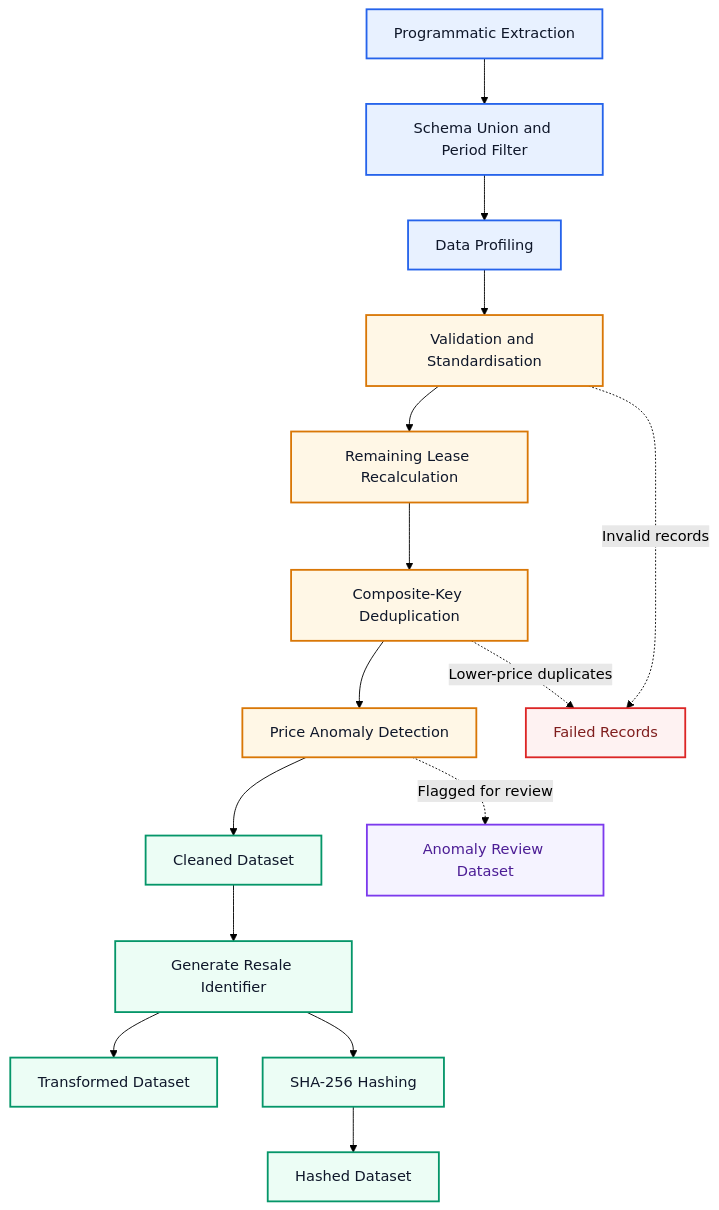
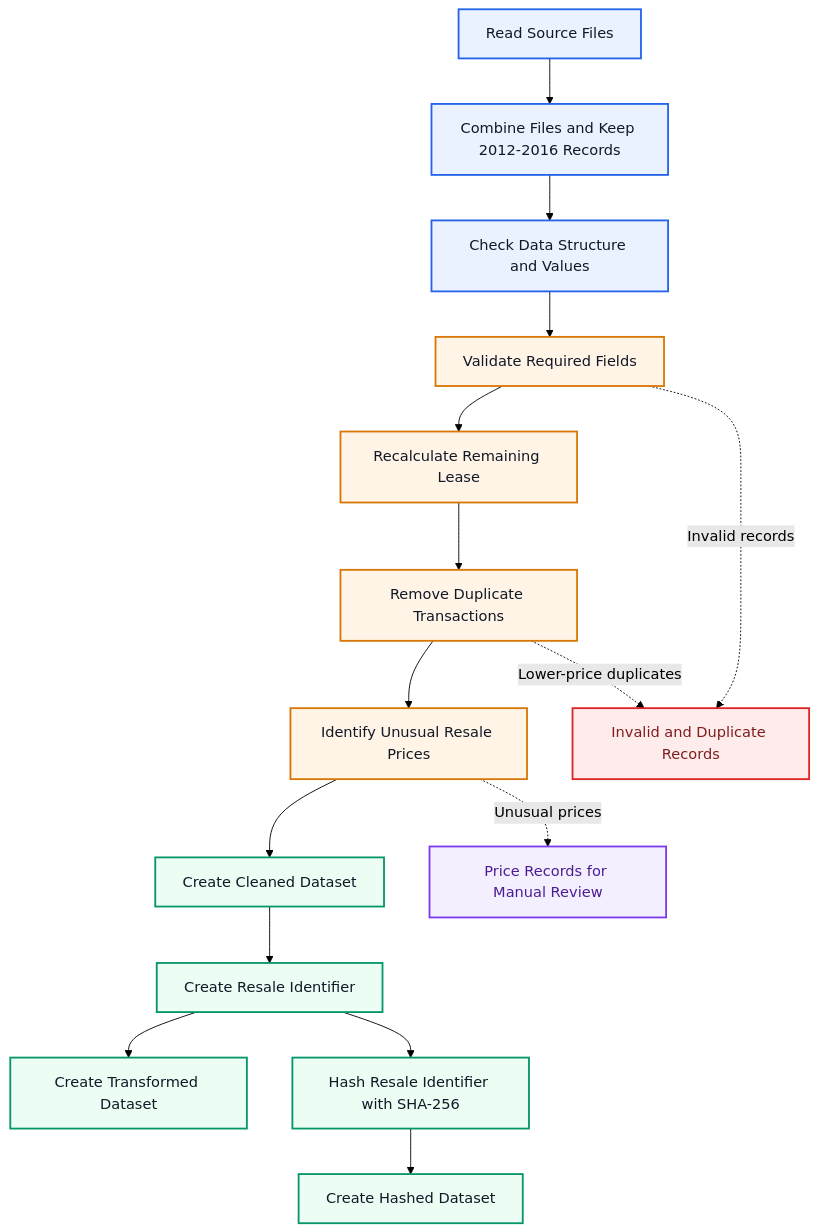
Before and after one commit to blaire101/HDB_SDE_Technical_Test_26: the diagram in README.md, drawn with Mermaid (forest theme).

````diff
--- a/README.md
+++ b/README.md
@@ -10,46 +10,46 @@
 ```mermaid
 flowchart TD
-    A[Programmatic Extraction]
-    B[Schema Union and Period Filter]
-    C[Data Profiling]
-    D[Validation and Standardisation]
-    E[Remaining Lease Recalculation]
-    F[Composite-Key Deduplication]
-    G[Price Anomaly Detection]
-    H[Cleaned Dataset]
-    I[Generate Resale Identifier]
-    J[Transformed Dataset]
-    K[SHA-256 Hashing]
-    L[Hashed Dataset]
+    A[Read Source Files]
+    B[Combine Files and Keep 2012-2016 Records]
+    C[Check Data Structure and Values]
+    D[Validate Required Fields]
+    E[Recalculate Remaining Lease]
+    F[Remove Duplicate Transactions]
+    G[Identify Unusual Resale Prices]
+    H[Create Cleaned Dataset]
+    I[Create Resale Identifier]
+    J[Create Transformed Dataset]
+    K[Hash Resale Identifier with SHA-256]
+    L[Create Hashed Dataset]
 
-    X[Failed Records]
-    Y[Anomaly Review Dataset]
+    X[Invalid and Duplicate Records]
+    Y[Price Records for Manual Review]
 
     A --> B
     B --> C
     C --> D
     D --> E
     E --> F
     F --> G
     G --> H
     H --> I
     I --> J
     I --> K
     K --> L
 
     D -. Invalid records .-> X
     F -. Lower-price duplicates .-> X
-    G -. Flagged for review .-> Y
+    G -. Unusual prices .-> Y
 
-    classDef extract fill:#E8F1FF,stroke:#2563EB,stroke-width:2px,color:#0F172A;
-    classDef quality fill:#FFF7E6,stroke:#D97706,stroke-width:2px,color:#0F172A;
-    classDef output fill:#ECFDF5,stroke:#059669,stroke-width:2px,color:#0F172A;
-    classDef failed fill:#FEF2F2,stroke:#DC2626,stroke-width:2px,color:#7F1D1D;
-    classDef review fill:#F5F3FF,stroke:#7C3AED,stroke-width:2px,color:#4C1D95;
+    classDef input fill:#EAF2FF,stroke:#2563EB,stroke-width:2px,color:#111827;
+    classDef check fill:#FFF4E5,stroke:#D97706,stroke-width:2px,color:#111827;
+    classDef output fill:#ECFDF3,stroke:#059669,stroke-width:2px,color:#111827;
+    classDef failed fill:#FEECEC,stroke:#DC2626,stroke-width:2px,color:#7F1D1D;
+    classDef review fill:#F3EFFE,stroke:#7C3AED,stroke-width:2px,color:#4C1D95;
 
-    class A,B,C extract;
-    class D,E,F,G quality;
+    class A,B,C input;
+    class D,E,F,G check;
     class H,I,J,K,L output;
     class X failed;
     class Y review;
 ```
````
